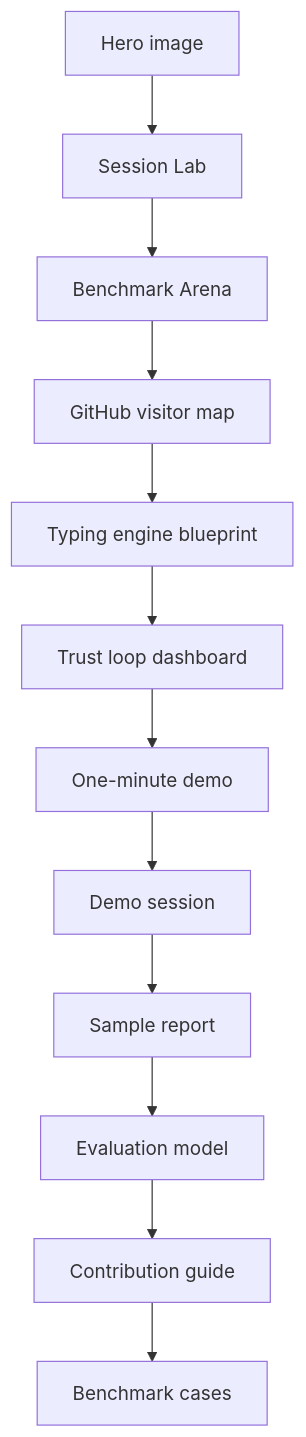
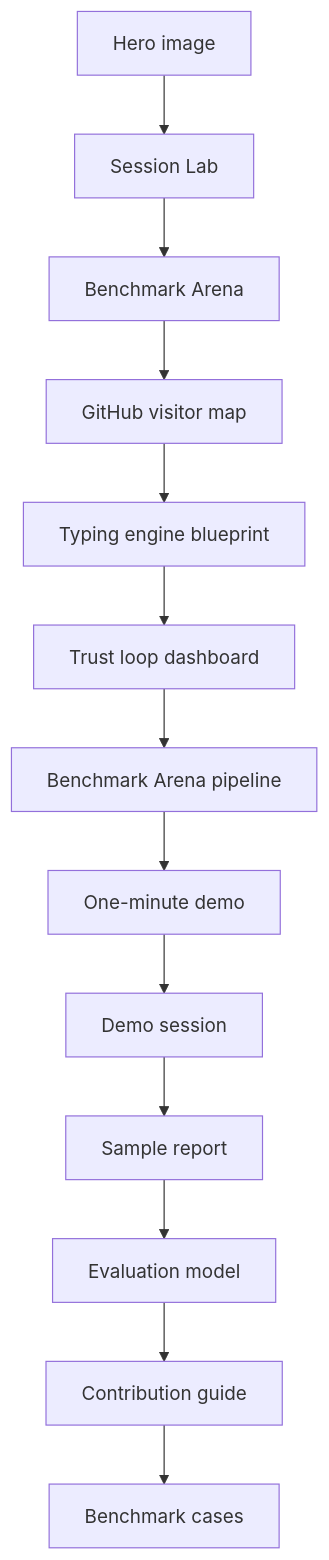
One commit to Zaoqu-Liu/mbti-typing-skill changed the diagram in docs/visual-tour.md. Above: the diagram before and after it, drawn with Mermaid. The commit also changed other lines of this file and 14 other files, not shown here.

Commit message:
Add benchmark arena source sync

````diff
--- a/docs/visual-tour.md
+++ b/docs/visual-tour.md
@@ -101,14 +112,15 @@
 ```mermaid
 flowchart TD
     A[Hero image] --> B[Session Lab]
     B --> C[Benchmark Arena]
     C --> D[GitHub visitor map]
     D --> E[Typing engine blueprint]
     E --> F[Trust loop dashboard]
-    F --> G[One-minute demo]
-    G --> H[Demo session]
-    H --> I[Sample report]
-    I --> J[Evaluation model]
-    J --> K[Contribution guide]
-    K --> L[Benchmark cases]
+    F --> G[Benchmark Arena pipeline]
+    G --> H[One-minute demo]
+    H --> I[Demo session]
+    I --> J[Sample report]
+    J --> K[Evaluation model]
+    K --> L[Contribution guide]
+    L --> M[Benchmark cases]
 ```
````
